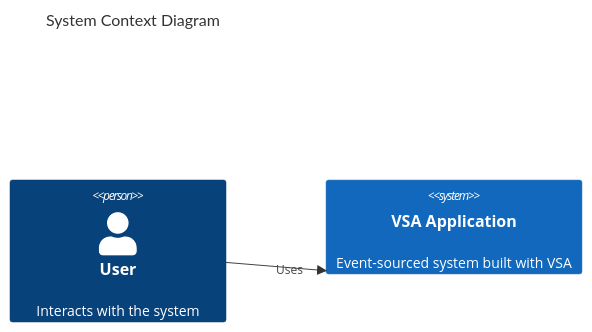
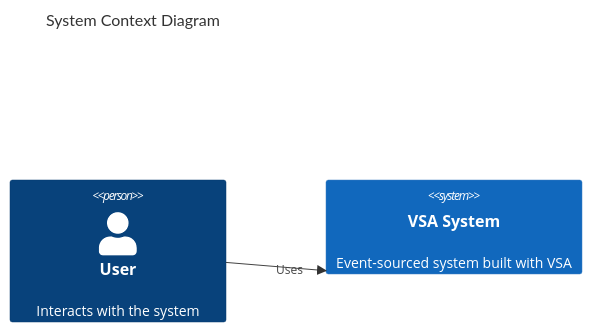
Before and after one commit to syntropic137/syntropic137: the first of 2 diagrams in docs/architecture/OVERVIEW.md, drawn with Mermaid. The commit also changed other lines of this file, not shown here.

First line of the commit message:
docs(architecture): generate comprehensive bounded context visualization

````diff
--- a/docs/architecture/OVERVIEW.md
+++ b/docs/architecture/OVERVIEW.md
@@ -21,10 +23,10 @@
 ```mermaid
 C4Context
   title System Context Diagram
 
   Person(user, "User", "Interacts with the system")
-  System(system, "VSA Application", "Event-sourced system built with VSA")
+  System(system, "VSA System", "Event-sourced system built with VSA")
 
   Rel(user, system, "Uses")
 
 ```
````
